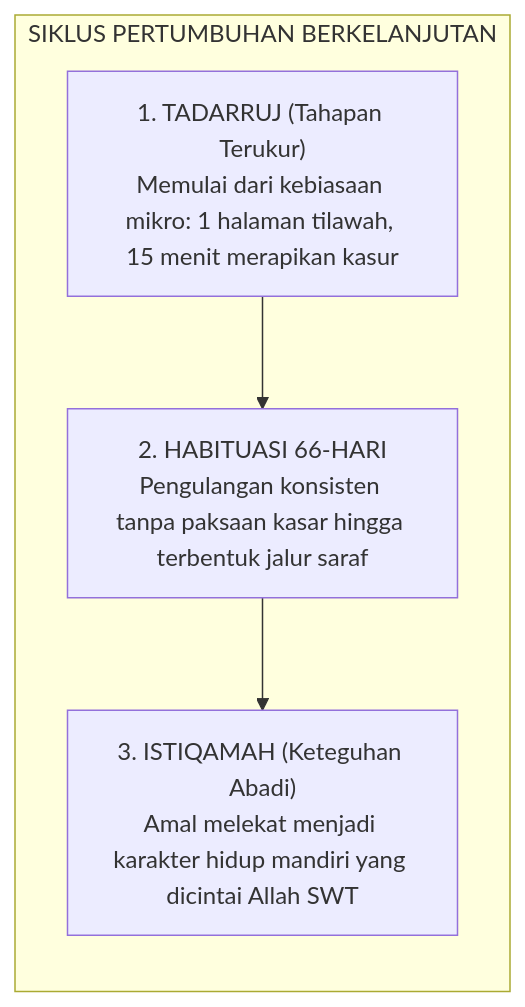
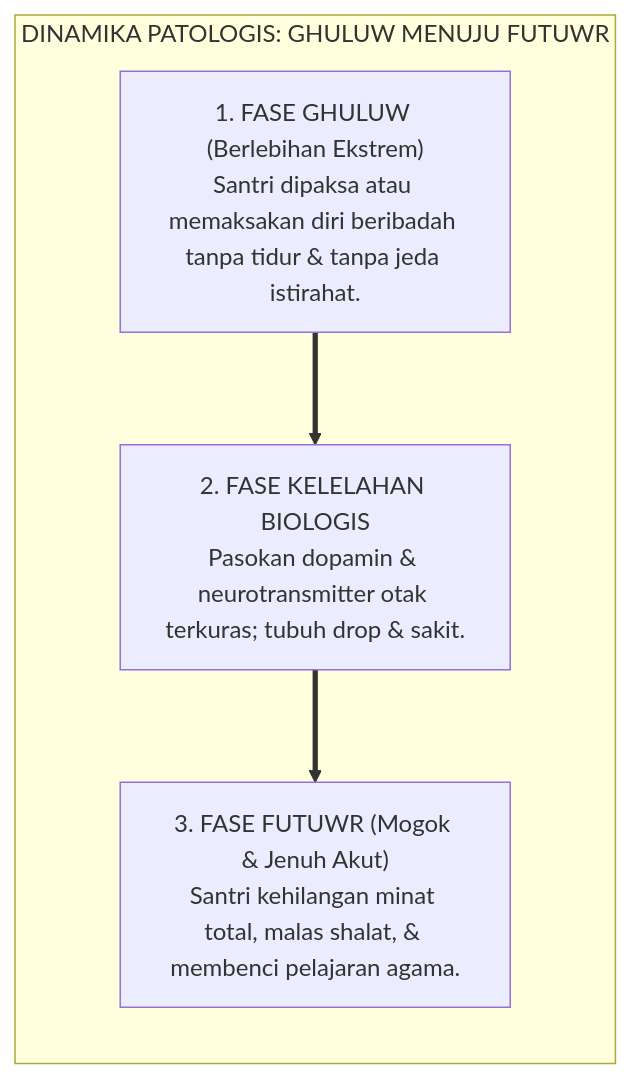
One commit to wandiapriliyandi/tumbuh changed the fourth of 7 diagrams in 01 Philosophy/06 Change/P1-06-02-Prinsip-Tadarruj-dan-Istiqamah.md. Above: the diagram before and after it, drawn with Mermaid. The commit also changed other lines of this file and 31 other files, not shown here.

````diff
--- a/01 Philosophy/06 Change/P1-06-02-Prinsip-Tadarruj-dan-Istiqamah.md
+++ b/01 Philosophy/06 Change/P1-06-02-Prinsip-Tadarruj-dan-Istiqamah.md
@@ -28,10 +142,12 @@
 ```mermaid
 graph LR
-    subgraph SiklusTadarrujIstiqamah["SIKLUS PERTUMBUHAN BERKELANJUTAN"]
-        Tadarruj["1. TADARRUJ (Tahapan Terukur)<br/>Memulai dari kebiasaan mikro: 1 halaman tilawah, 15 menit merapikan kasur"]
-        Habituasi["2. HABITUASI 66-HARI<br/>Pengulangan konsisten tanpa paksaan kasar hingga terbentuk jalur saraf"]
-        Istiqamah["3. ISTIQAMAH (Keteguhan Abadi)<br/>Amal melekat menjadi karakter hidup mandiri yang dicintai Allah SWT"]
+    subgraph SiklusGhuluwFutuwr["DINAMIKA PATOLOGIS: GHULUW MENUJU FUTUWR"]
+        Ghuluw["1. FASE GHULUW (Berlebihan Ekstrem)<br/>Santri dipaksa atau memaksakan diri beribadah tanpa tidur & tanpa jeda istirahat."]
         
-        Tadarruj --> Habituasi --> Istiqamah
+        Exhaustion["2. FASE KELELAHAN BIOLOGIS<br/>Pasokan dopamin & neurotransmitter otak terkuras; tubuh drop & sakit."]
+        
+        Futuwr["3. FASE FUTUWR (Mogok & Jenuh Akut)<br/>Santri kehilangan minat total, malas shalat, & membenci pelajaran agama."]
+        
+        Ghuluw ==> Exhaustion ==> Futuwr
     end
 ```
````
